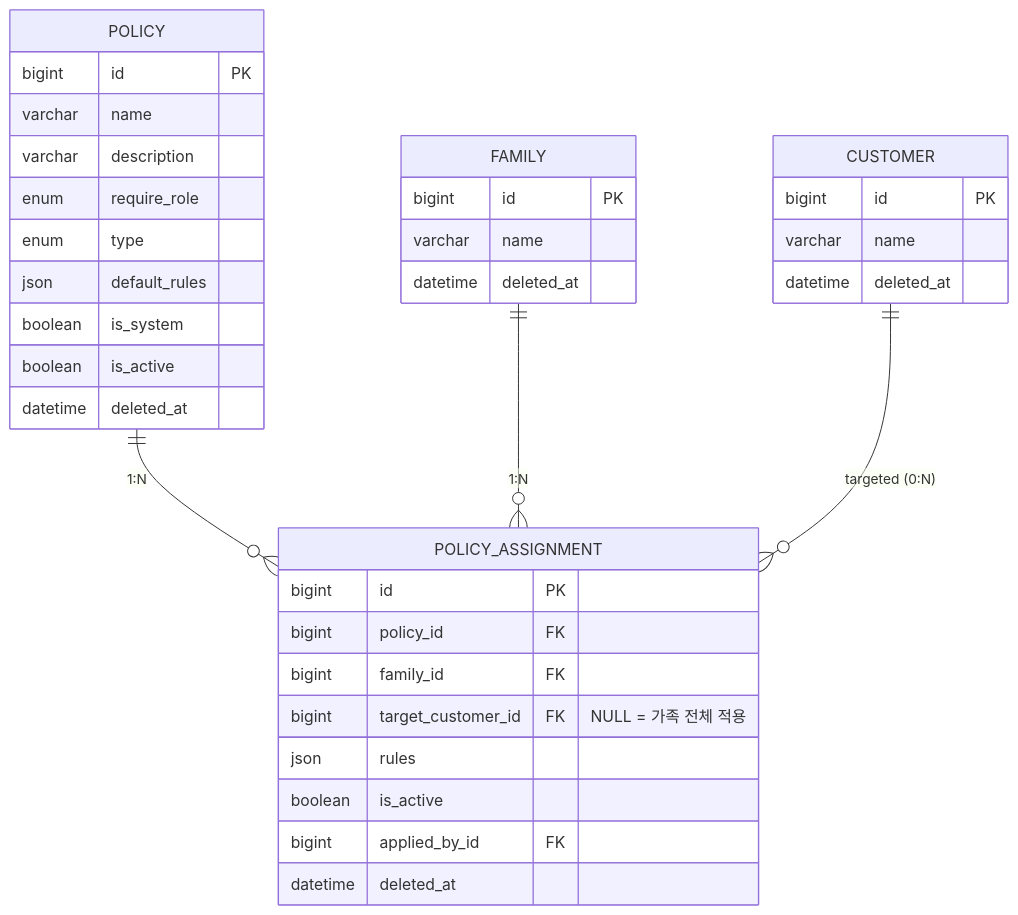
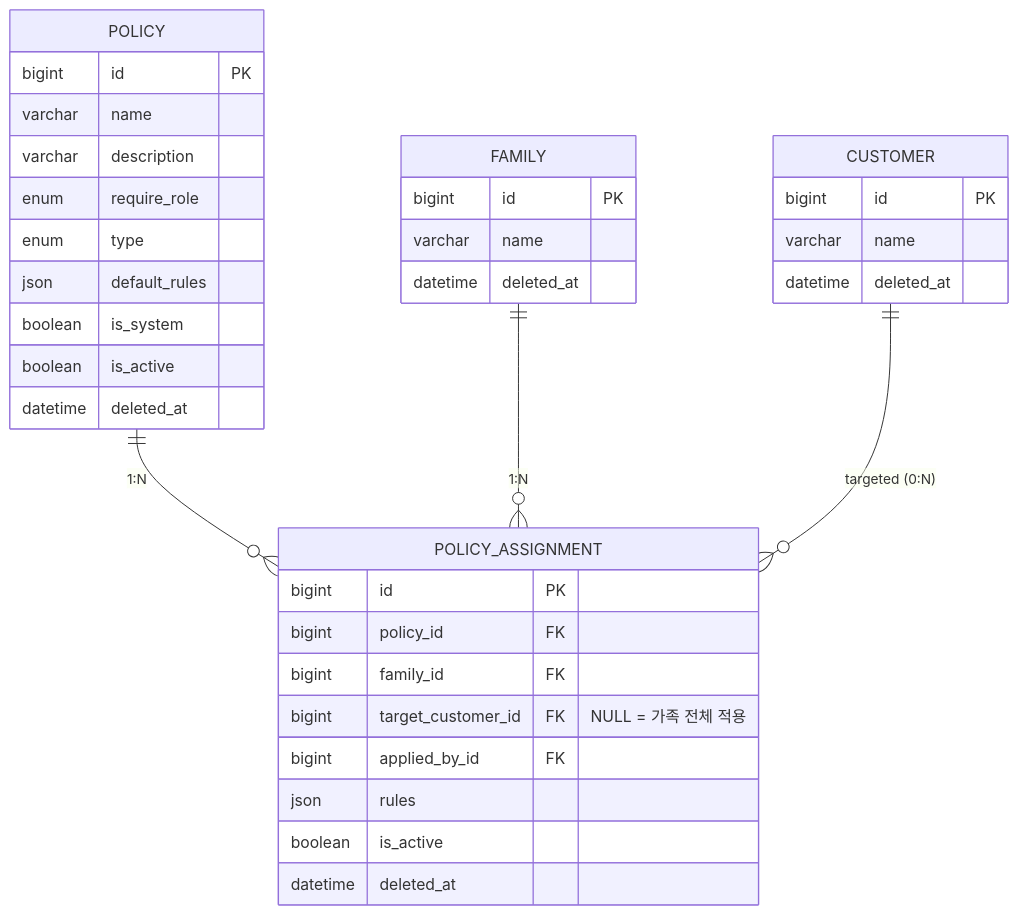
Before and after one commit to da-bom/lib-schema: the third of 6 diagrams in docs/ERD.md, drawn with Mermaid. The commit also changed other lines of this file and 3 other files, not shown here.

````diff
--- a/docs/ERD.md
+++ b/docs/ERD.md
@@ -251,41 +447,41 @@
 ```mermaid
 erDiagram
     POLICY ||--o{ POLICY_ASSIGNMENT : "1:N"
     FAMILY ||--o{ POLICY_ASSIGNMENT : "1:N"
     CUSTOMER ||--o{ POLICY_ASSIGNMENT : "targeted (0:N)"
 
     POLICY {
         bigint id PK
         varchar name
         varchar description
         enum require_role
         enum type
         json default_rules
         boolean is_system
         boolean is_active
         datetime deleted_at
     }
 
     POLICY_ASSIGNMENT {
         bigint id PK
         bigint policy_id FK
         bigint family_id FK
         bigint target_customer_id FK "NULL = 가족 전체 적용"
+        bigint applied_by_id FK
         json rules
         boolean is_active
-        bigint applied_by_id FK
         datetime deleted_at
     }
 
     FAMILY {
         bigint id PK
         varchar name
         datetime deleted_at
     }
 
     CUSTOMER {
         bigint id PK
         varchar name
         datetime deleted_at
     }
 ```
````
